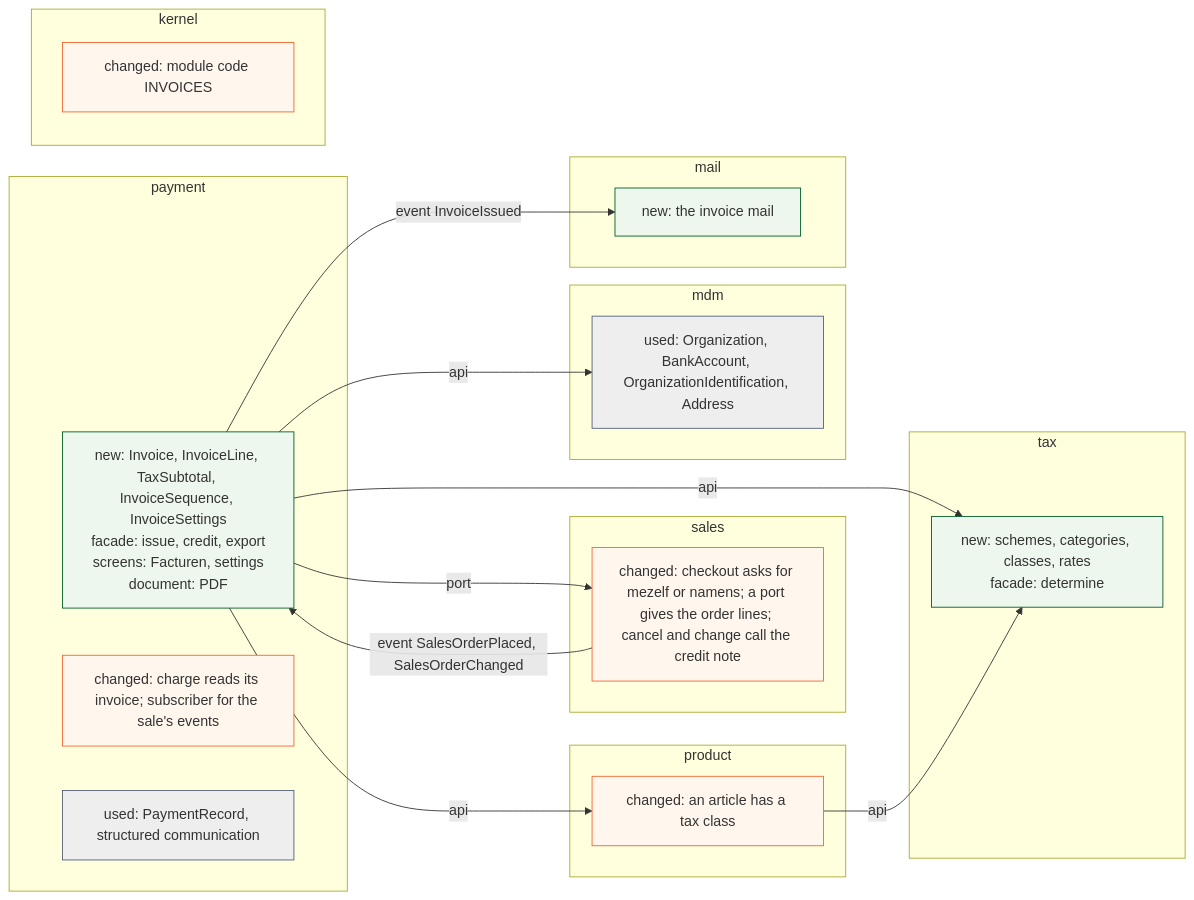
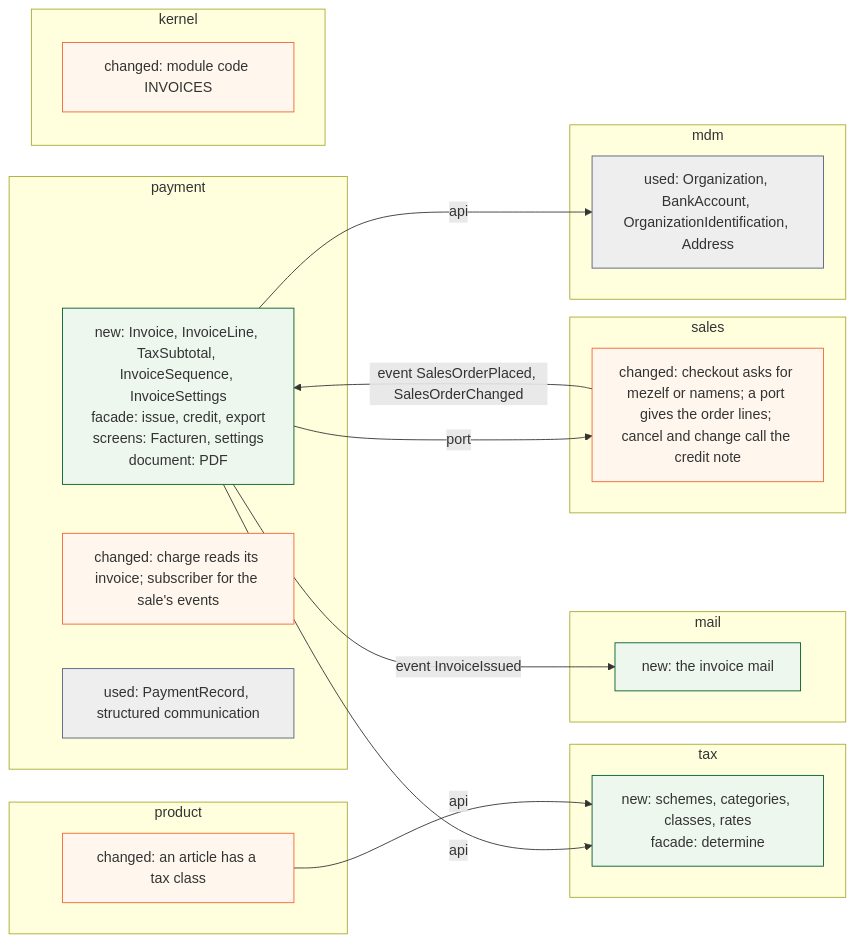
Before and after one commit to KoenRenders/KoenTest: the fourth of 5 diagrams in docs/change_request_34_invoices.md, drawn with Mermaid. The commit also changed other lines of this file and 1 other file, not shown here.

First line of the commit message:
docs(cr-34, cr-35): the architecture review taken in — provider interface, net unit price, tax class frozen on the order line, jobs, endpoint on the buyer copy

````diff
--- a/docs/change_request_34_invoices.md
+++ b/docs/change_request_34_invoices.md
@@ -277,36 +277,35 @@
 ```mermaid
 flowchart LR
   subgraph PAY["payment"]
     pn["new: Invoice, InvoiceLine, TaxSubtotal, InvoiceSequence, InvoiceSettings<br/>facade: issue, credit, export<br/>screens: Facturen, settings<br/>document: PDF"]:::new
     pc["changed: charge reads its invoice; subscriber for the sale's events"]:::chg
     pu["used: PaymentRecord, structured communication"]:::use
   end
   subgraph SAL["sales"]
     sc["changed: checkout asks for mezelf or namens; a port gives the order lines; cancel and change call the credit note"]:::chg
   end
   subgraph PRO["product"]
     prc["changed: an article has a tax class"]:::chg
   end
   subgraph TAX["tax"]
     tx["new: schemes, categories, classes, rates<br/>facade: determine"]:::new
   end
   subgraph MDM["mdm"]
     mu["used: Organization, BankAccount, OrganizationIdentification, Address"]:::use
   end
   subgraph MAIL["mail"]
     mc["new: the invoice mail"]:::new
   end
   subgraph KER["kernel"]
     kc["changed: module code INVOICES"]:::chg
   end
   sc -->|event SalesOrderPlaced, SalesOrderChanged| pn
   pn -->|api| mu
   pn -->|port| sc
-  pn -->|api| prc
   pn -->|api| tx
   prc -->|api| tx
   pn -->|event InvoiceIssued| mc
   classDef new fill:#eef7ee,stroke:#005d29
   classDef chg fill:#fff7ed,stroke:#f16532
   classDef use fill:#eeeeee,stroke:#52607a
 ```
````
